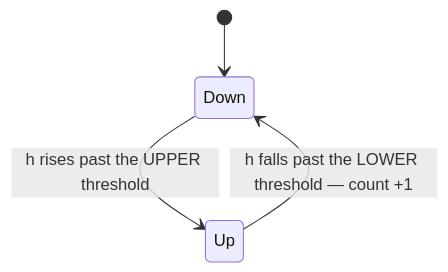
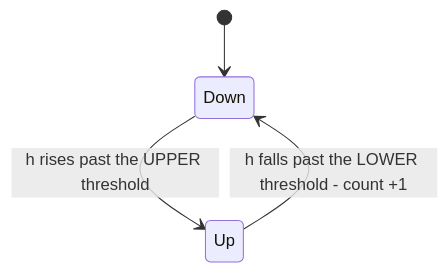
One commit to Danielw412/NA-ComputerAI-Club changed the second of 2 diagrams in 67speed/README.md. Above: the diagram before and after it, drawn with Mermaid. The commit also changed other lines of this file and 28 other files, not shown here.

````diff
--- a/67speed/README.md
+++ b/67speed/README.md
@@ -67,6 +67,6 @@
 ```mermaid
 stateDiagram-v2
   [*] --> Down
   Down --> Up: h rises past the UPPER threshold
-  Up --> Down: h falls past the LOWER threshold — count +1
+  Up --> Down: h falls past the LOWER threshold - count +1
 ```
````
